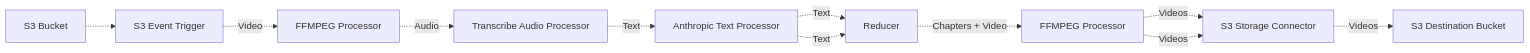
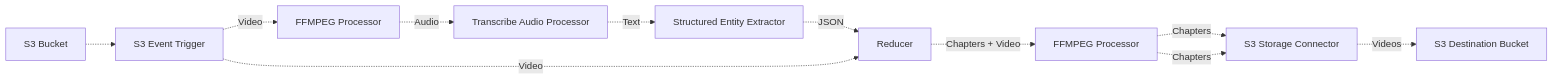
Before and after one commit to awslabs/project-lakechain: the diagram in examples/end-to-end-use-cases/building-a-video-chaptering-service/README.md, drawn with Mermaid. The commit also changed other lines of this file and 48 other files, not shown here.

Commit message:
feat: add structured entity extractor and examples

````diff
--- a/examples/end-to-end-use-cases/building-a-video-chaptering-service/README.md
+++ b/examples/end-to-end-use-cases/building-a-video-chaptering-service/README.md
@@ -14,13 +14,13 @@
 ```mermaid
 flowchart LR
   Bucket[S3 Bucket] -.-> S3[S3 Event Trigger]
   S3 -. Video .-> FFMPEGAudio[FFMPEG Processor]
   FFMPEGAudio -. Audio .-> Transcribe[Transcribe Audio Processor]
-  Transcribe -. Text .-> Anthropic[Anthropic Text Processor]
-  Anthropic -. Text .-> Reducer[Reducer]
-  Anthropic -. Text .-> Reducer[Reducer]
+  Transcribe -. Text .-> Extractor[Structured Entity Extractor]
+  Extractor -. JSON .-> Reducer[Reducer]
+  S3 -. Video .-> Reducer
   Reducer -. Chapters + Video .-> FFMPEGVideo[FFMPEG Processor]
-  FFMPEGVideo -. Videos .-> S3Storage[S3 Storage Connector]
-  FFMPEGVideo -. Videos .-> S3Storage[S3 Storage Connector]
+  FFMPEGVideo -. Chapters .-> S3Storage[S3 Storage Connector]
+  FFMPEGVideo -. Chapters .-> S3Storage[S3 Storage Connector]
   S3Storage -. Videos .-> S3Destination[S3 Destination Bucket]
 ```
````
